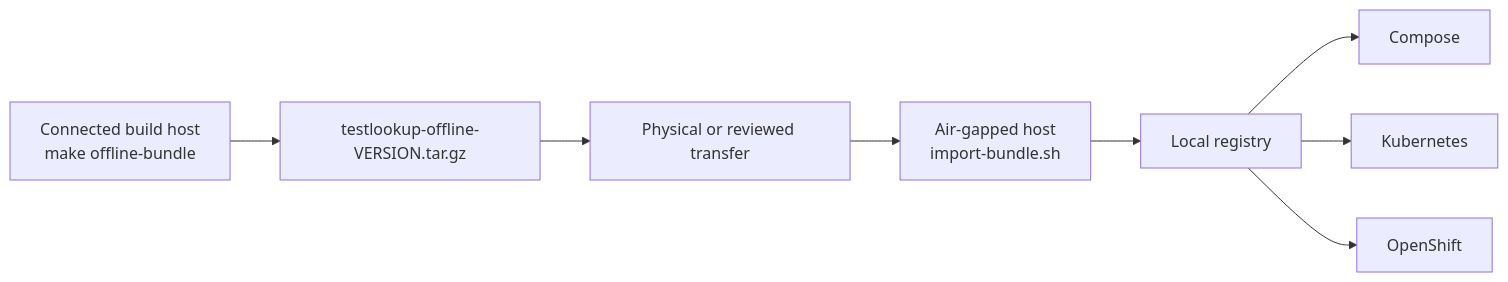
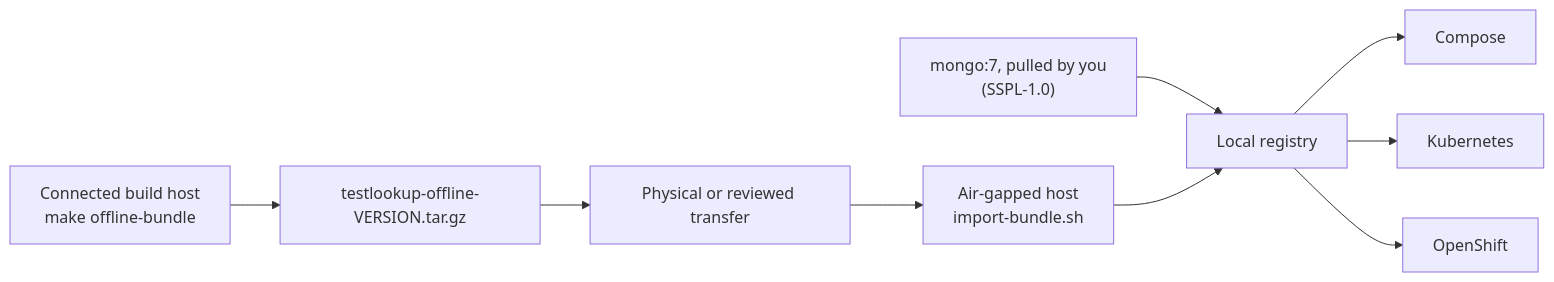
The diagram in user-guide/air-gapped-install.md (test-intelligence/testlookup), drawn with Mermaid before and after one commit. The commit also changed other lines of this file and 42 other files, not shown here.

````diff
--- a/user-guide/air-gapped-install.md
+++ b/user-guide/air-gapped-install.md
@@ -13,10 +17,11 @@
 ```mermaid
 flowchart LR
     A["Connected build host<br/>make offline-bundle"] --> B["testlookup-offline-VERSION.tar.gz"]
+    M["mongo:7, pulled by you<br/>(SSPL-1.0)"] --> E
     B --> C["Physical or reviewed transfer"]
     C --> D["Air-gapped host<br/>import-bundle.sh"]
     D --> E["Local registry"]
     E --> F["Compose"]
     E --> G["Kubernetes"]
     E --> H["OpenShift"]
 ```
````
